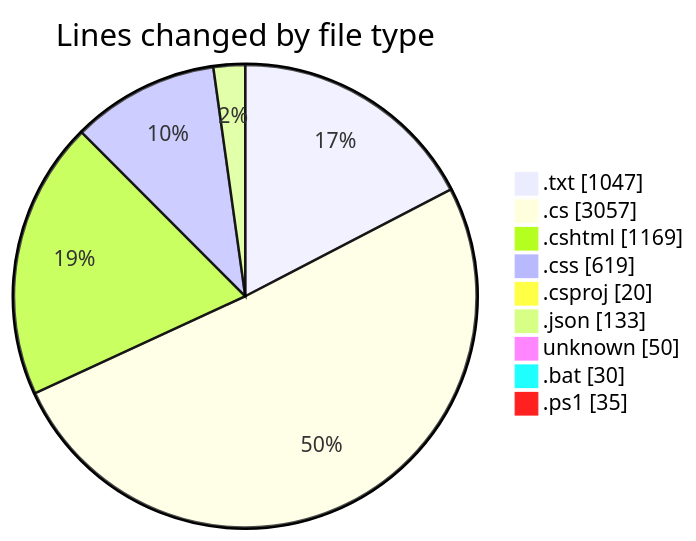
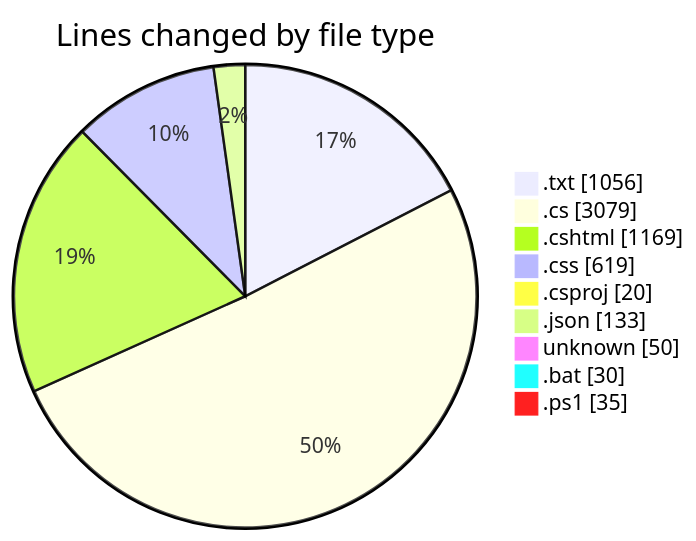
Before and after one commit to lephambinh05/code-tracking: the first of 2 diagrams in 2025-07-26/quanlyrapchieuphim-1/README.md, drawn with Mermaid. The commit also changed other lines of this file and 1 other file, not shown here.

````diff
--- a/2025-07-26/quanlyrapchieuphim-1/README.md
+++ b/2025-07-26/quanlyrapchieuphim-1/README.md
@@ -37,13 +37,13 @@
 ```mermaid
 pie showData
 title Lines changed by file type
-".txt" : 1047
-".cs" : 3057
+".txt" : 1056
+".cs" : 3079
 ".cshtml" : 1169
 ".css" : 619
 ".csproj" : 20
 ".json" : 133
 "unknown" : 50
 ".bat" : 30
 ".ps1" : 35
 ```
````
